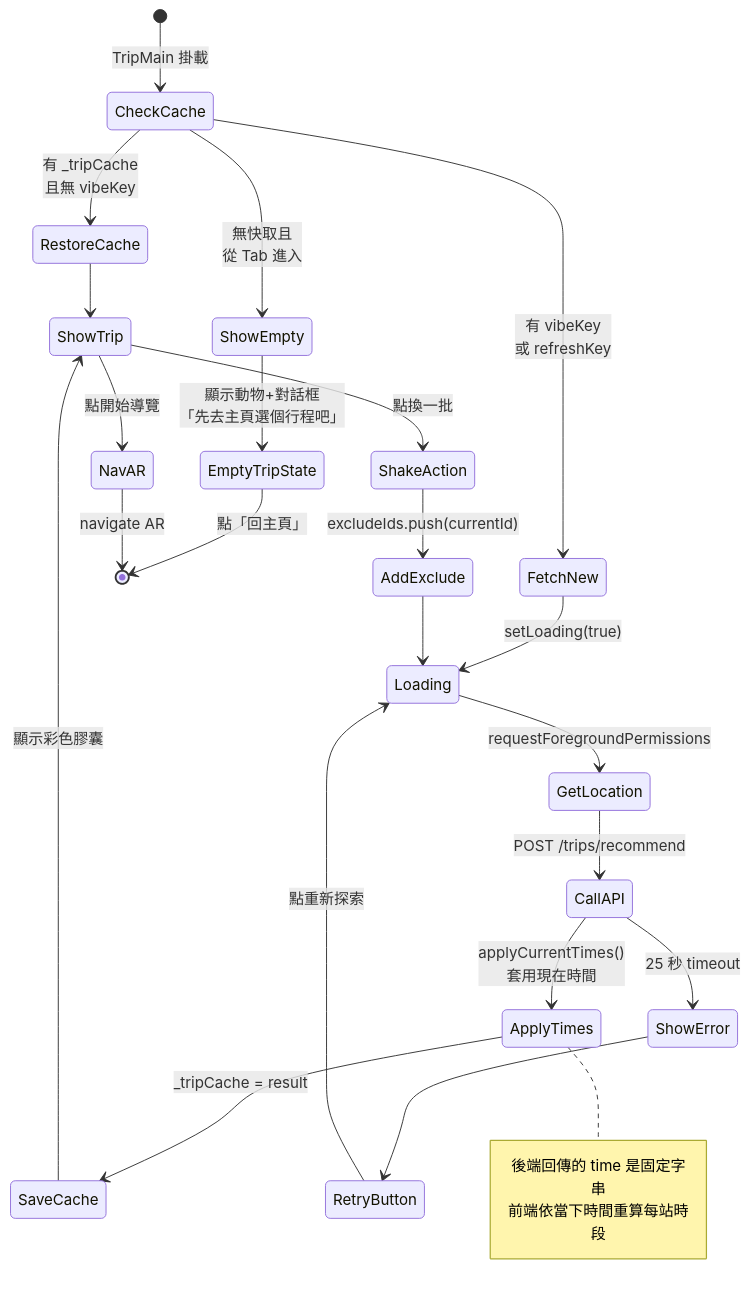
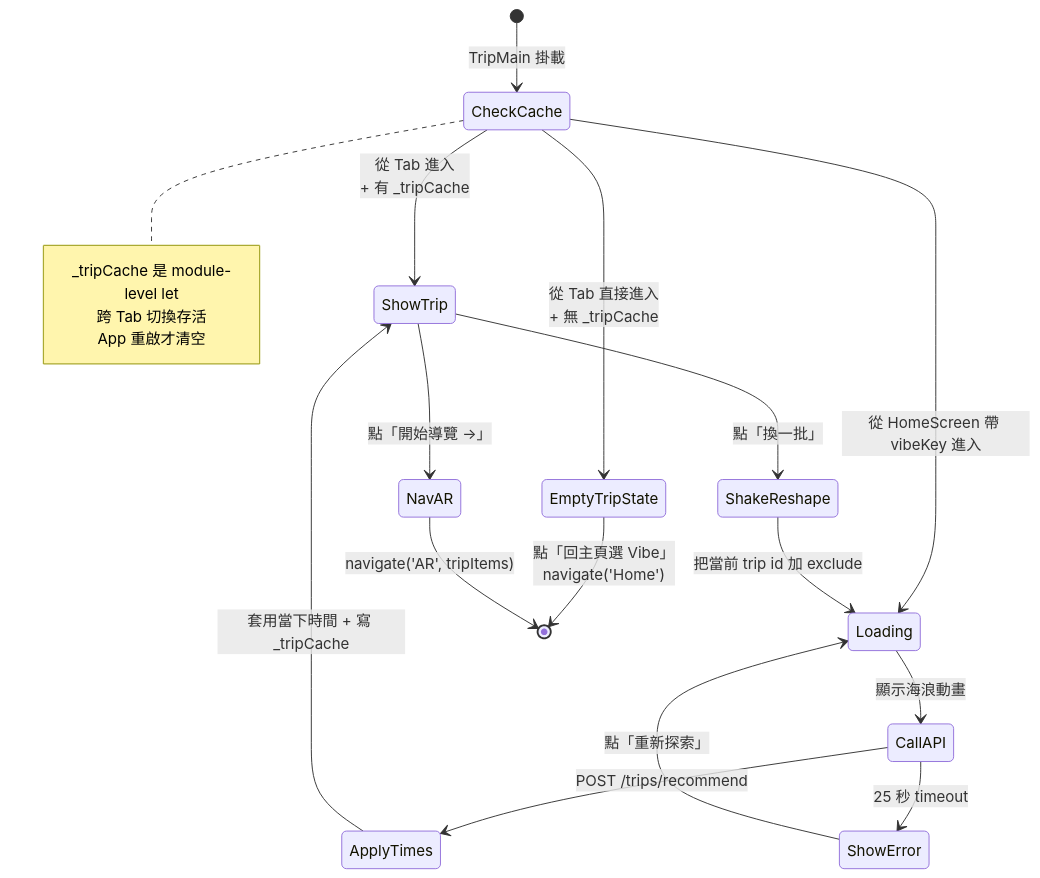
The fourth of 11 diagrams in FLOW.md (starsky58uu/vibetrip), drawn with Mermaid before and after one commit. The commit also changed other lines of this file and 1 other file, not shown here.

Commit message:
改架構圖

````diff
--- a/FLOW.md
+++ b/FLOW.md
@@ -124,35 +120,29 @@
 ```mermaid
 stateDiagram-v2
     [*] --> CheckCache: TripMain 掛載
 
-    CheckCache --> RestoreCache: 有 _tripCache<br/>且無 vibeKey
-    CheckCache --> ShowEmpty: 無快取且<br/>從 Tab 進入
-    CheckCache --> FetchNew: 有 vibeKey<br/>或 refreshKey
+    CheckCache --> EmptyTripState: 從 Tab 直接進入<br/>+ 無 _tripCache
+    CheckCache --> ShowTrip: 從 Tab 進入<br/>+ 有 _tripCache
+    CheckCache --> Loading: 從 HomeScreen 帶 vibeKey 進入
 
-    ShowEmpty --> EmptyTripState: 顯示動物+對話框<br/>「先去主頁選個行程吧」
-    EmptyTripState --> [*]: 點「回主頁」
+    EmptyTripState --> [*]: 點「回主頁選 Vibe」<br/>navigate('Home')
 
-    RestoreCache --> ShowTrip
-    FetchNew --> Loading: setLoading(true)
-    Loading --> GetLocation: requestForegroundPermissions
-    GetLocation --> CallAPI: POST /trips/recommend
-    CallAPI --> ApplyTimes: applyCurrentTimes()<br/>套用現在時間
-    ApplyTimes --> SaveCache: _tripCache = result
-    SaveCache --> ShowTrip: 顯示彩色膠囊
+    Loading --> CallAPI: 顯示海浪動畫
+    CallAPI --> ApplyTimes: POST /trips/recommend
+    ApplyTimes --> ShowTrip: 套用當下時間 + 寫 _tripCache
     CallAPI --> ShowError: 25 秒 timeout
 
-    ShowError --> RetryButton
-    RetryButton --> Loading: 點重新探索
+    ShowError --> Loading: 點「重新探索」
 
-    ShowTrip --> ShakeAction: 點換一批
-    ShakeAction --> AddExclude: excludeIds.push(currentId)
-    AddExclude --> Loading
+    ShowTrip --> ShakeReshape: 點「換一批」
+    ShakeReshape --> Loading: 把當前 trip id 加 exclude
 
-    ShowTrip --> NavAR: 點開始導覽
-    NavAR --> [*]: navigate AR
+    ShowTrip --> NavAR: 點「開始導覽 →」
+    NavAR --> [*]: navigate('AR', tripItems)
 
-    note right of ApplyTimes
-        後端回傳的 time 是固定字串
-        前端依當下時間重算每站時段
+    note right of CheckCache
+        _tripCache 是 module-level let
+        跨 Tab 切換存活
+        App 重啟才清空
     end note
 ```
````
